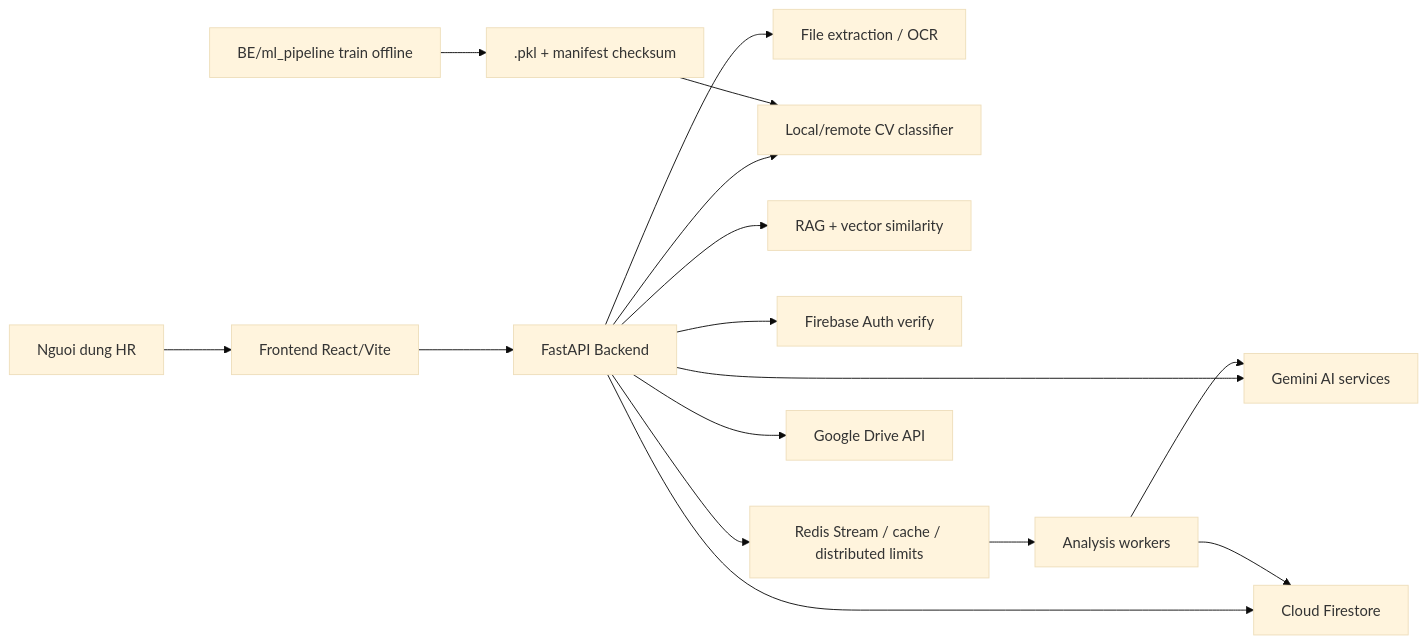
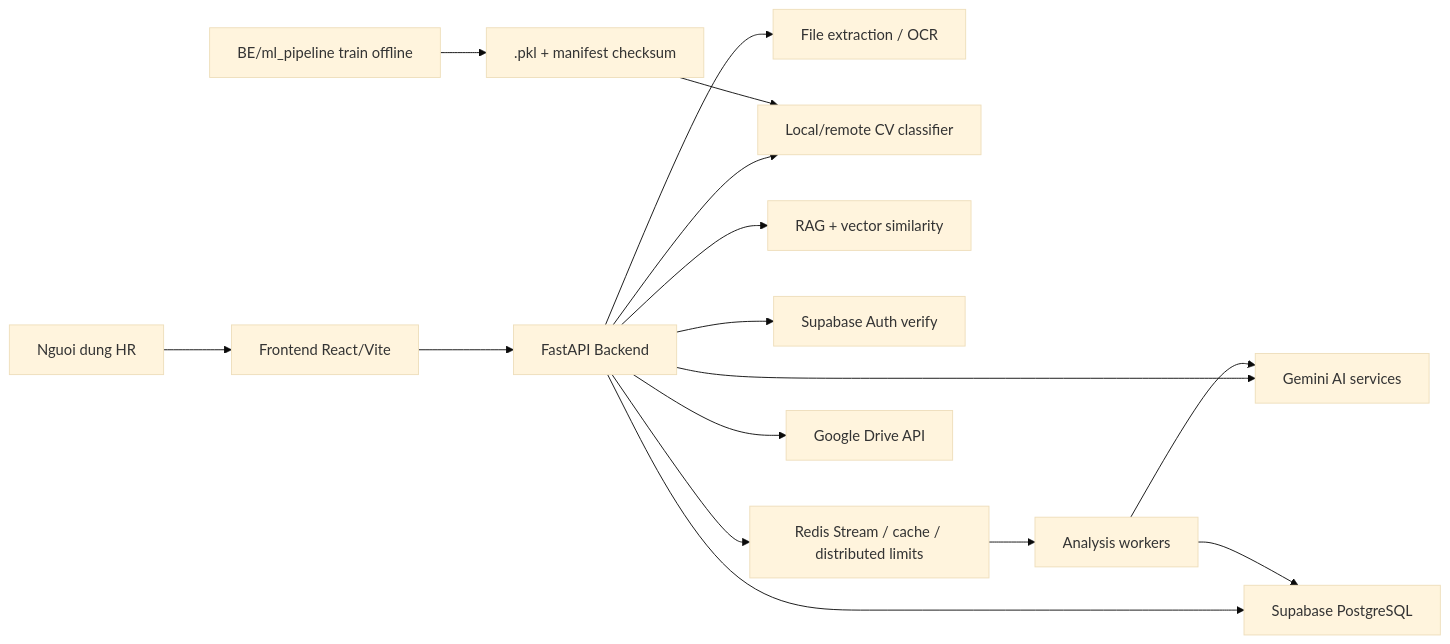
The first of 4 diagrams in Document/01-Tai-Lieu-Du-An/02-kien-truc-he-thong.md (TechFutureAIFPT/TechFutureAI), drawn with Mermaid (base theme) before and after one commit. The commit also changed other lines of this file and 26 other files, not shown here.

````diff
--- a/Document/01-Tai-Lieu-Du-An/02-kien-truc-he-thong.md
+++ b/Document/01-Tai-Lieu-Du-An/02-kien-truc-he-thong.md
@@ -30,20 +30,20 @@
 ```mermaid
 flowchart LR
     U["Nguoi dung HR"] --> FE["Frontend React/Vite"]
     FE --> API["FastAPI Backend"]
 
     API --> OCR["File extraction / OCR"]
     API --> AI["Gemini AI services"]
     API --> CLS["Local/remote CV classifier"]
     API --> RAG["RAG + vector similarity"]
-    API --> AUTH["Firebase Auth verify"]
-    API --> DB["Cloud Firestore"]
+    API --> AUTH["Supabase Auth verify"]
+    API --> DB["Supabase PostgreSQL"]
     API --> REDIS["Redis Stream / cache / distributed limits"]
     REDIS --> WORKER["Analysis workers"]
     WORKER --> AI
     WORKER --> DB
     API --> GD["Google Drive API"]
 
     ML["BE/ml_pipeline train offline"] --> ART[".pkl + manifest checksum"]
     ART --> CLS
 ```
````
